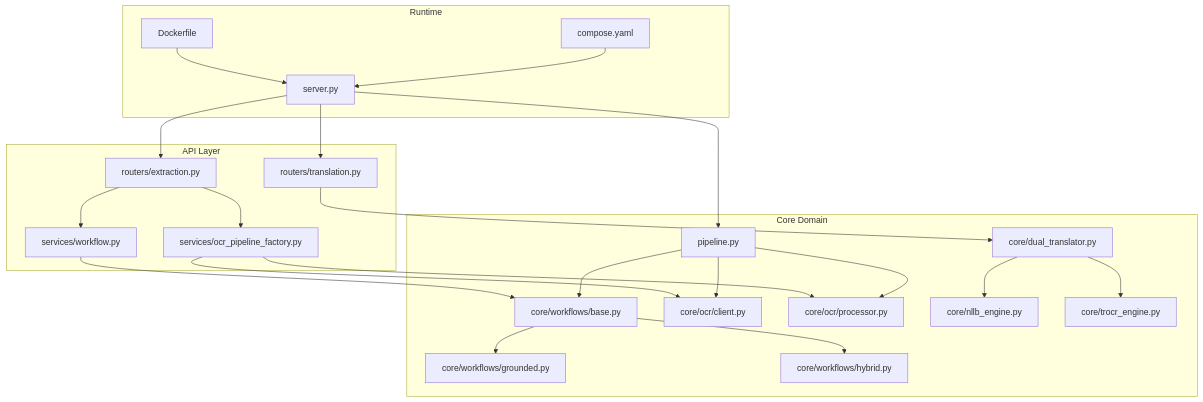
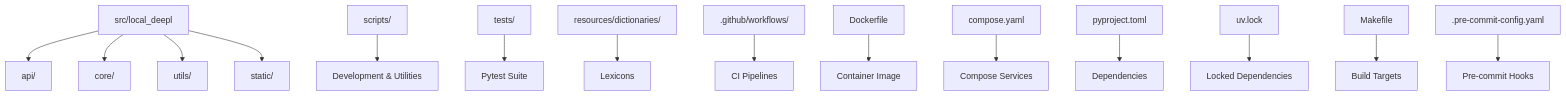
Before and after one commit to Sifr-r/LocalDeepL: the first of 7 diagrams in .qoder/repowiki/en/content/Developer Guide.md, drawn with Mermaid. The commit also changed other lines of this file and 246 other files, not shown here.

````diff
--- a/.qoder/repowiki/en/content/Developer Guide.md
+++ b/.qoder/repowiki/en/content/Developer Guide.md
@@ -58,43 +52,17 @@
 ```mermaid
 graph TB
-subgraph "API Layer"
-R1["routers/extraction.py"]
-R2["routers/translation.py"]
-S1["services/ocr_pipeline_factory.py"]
-S2["services/workflow.py"]
-end
-subgraph "Core Domain"
-P["pipeline.py"]
-WBase["core/workflows/base.py"]
-WG["core/workflows/grounded.py"]
-WH["core/workflows/hybrid.py"]
-OCRC["core/ocr/client.py"]
-OCRP["core/ocr/processor.py"]
-DT["core/dual_translator.py"]
-NLLB["core/nllb_engine.py"]
-TROCR["core/trocr_engine.py"]
-end
-subgraph "Runtime"
-SRV["server.py"]
-DOCKER["Dockerfile"]
-COMPOSE["compose.yaml"]
-end
-SRV --> R1
-SRV --> R2
-R1 --> S1
-R1 --> S2
-R2 --> DT
-S1 --> OCRC
-S1 --> OCRP
-S2 --> WBase
-WBase --> WG
-WBase --> WH
-DT --> NLLB
-DT --> TROCR
-P --> WBase
-P --> OCRC
-P --> OCRP
-SRV --> P
-DOCKER --> SRV
-COMPOSE --> SRV
+A["src/local_deepl"] --> B["api/"]
+A --> C["core/"]
+A --> D["utils/"]
+A --> E["static/"]
+F["scripts/"] --> G["Development & Utilities"]
+H["tests/"] --> I["Pytest Suite"]
+J["resources/dictionaries/"] --> K["Lexicons"]
+L[".github/workflows/"] --> M["CI Pipelines"]
+N["Dockerfile"] --> O["Container Image"]
+P["compose.yaml"] --> Q["Compose Services"]
+R["pyproject.toml"] --> S["Dependencies"]
+T["uv.lock"] --> U["Locked Dependencies"]
+V["Makefile"] --> W["Build Targets"]
+X[".pre-commit-config.yaml"] --> Y["Pre-commit Hooks"]
 ```
````
